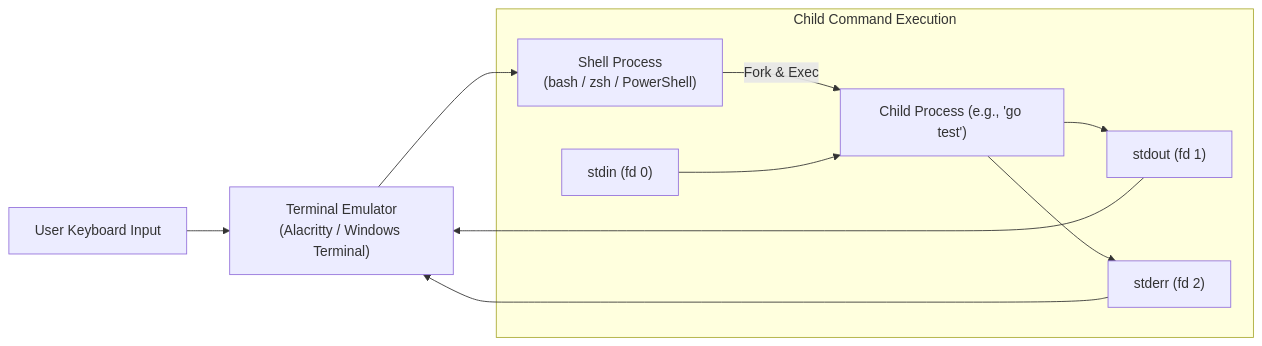
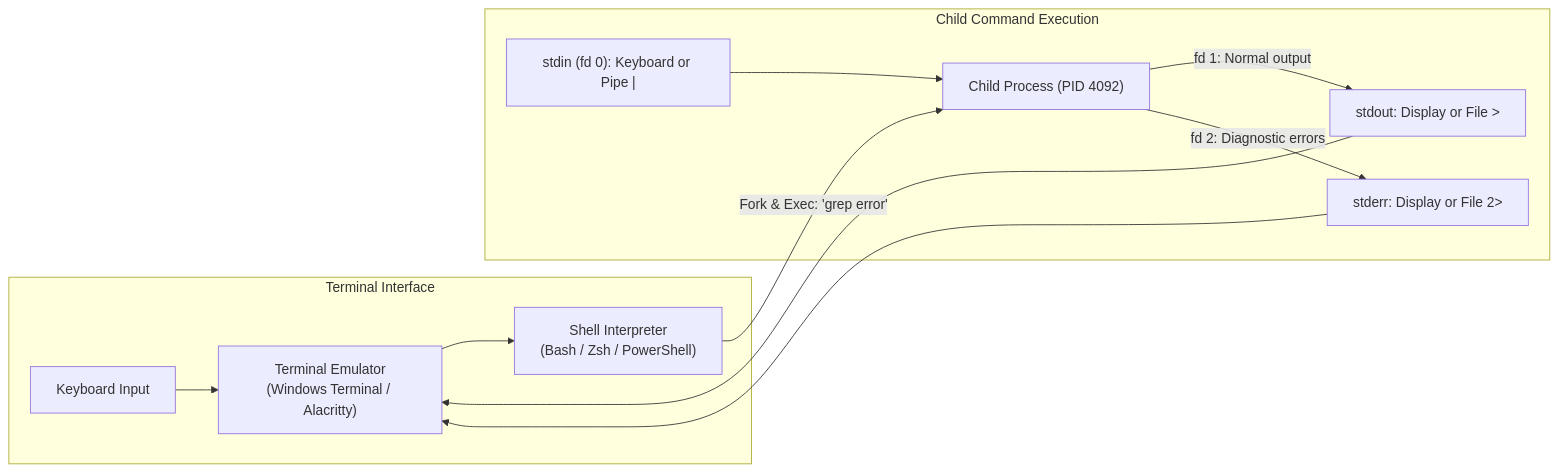
Before and after one commit to swe-labs/the-go-engineer: the diagram in curriculum/modules/01-computers-terminal-git-web/04-terminal-basics/README.md, drawn with Mermaid. The commit also changed other lines of this file and 25 other files, not shown here.

````diff
--- a/curriculum/modules/01-computers-terminal-git-web/04-terminal-basics/README.md
+++ b/curriculum/modules/01-computers-terminal-git-web/04-terminal-basics/README.md
@@ -21,17 +24,19 @@
 ```mermaid
 flowchart LR
-    USER["User Keyboard Input"] --> TERM["Terminal Emulator
-(Alacritty / Windows Terminal)"]
-    TERM --> SHELL["Shell Process
-(bash / zsh / PowerShell)"]
-    
+    subgraph Host["Terminal Interface"]
+        USER["Keyboard Input"] --> TERM["Terminal Emulator
+(Windows Terminal / Alacritty)"]
+        TERM --> SHELL["Shell Interpreter
+(Bash / Zsh / PowerShell)"]
+    end
+
     subgraph ProcessExecution["Child Command Execution"]
-        SHELL -->|Fork & Exec| CHILD["Child Process (e.g., 'go test')"]
-        STDIN["stdin (fd 0)"] --> CHILD
-        CHILD --> STDOUT["stdout (fd 1)"]
-        CHILD --> STDERR["stderr (fd 2)"]
+        SHELL -->|Fork & Exec: 'grep error'| CHILD["Child Process (PID 4092)"]
+        STDIN["stdin (fd 0): Keyboard or Pipe |"] --> CHILD
+        CHILD -->|fd 1: Normal output| STDOUT["stdout: Display or File >"]
+        CHILD -->|fd 2: Diagnostic errors| STDERR["stderr: Display or File 2>"]
     end
 
     STDOUT --> TERM
     STDERR --> TERM
 ```
````
